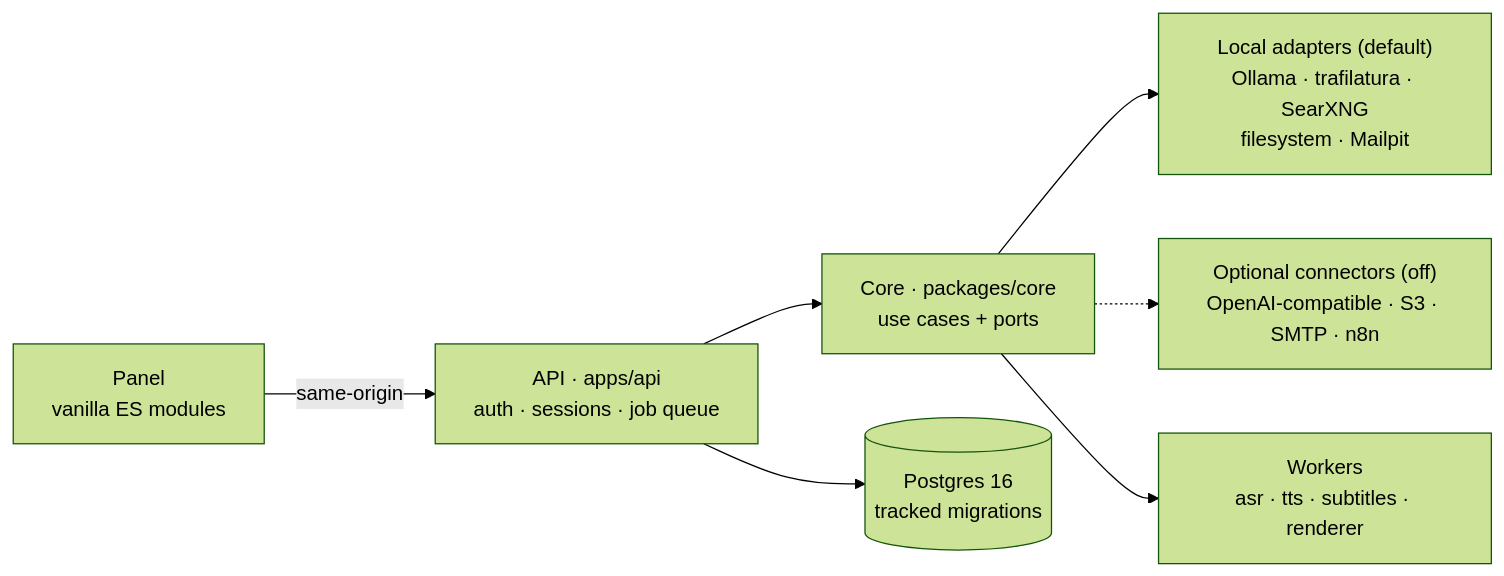
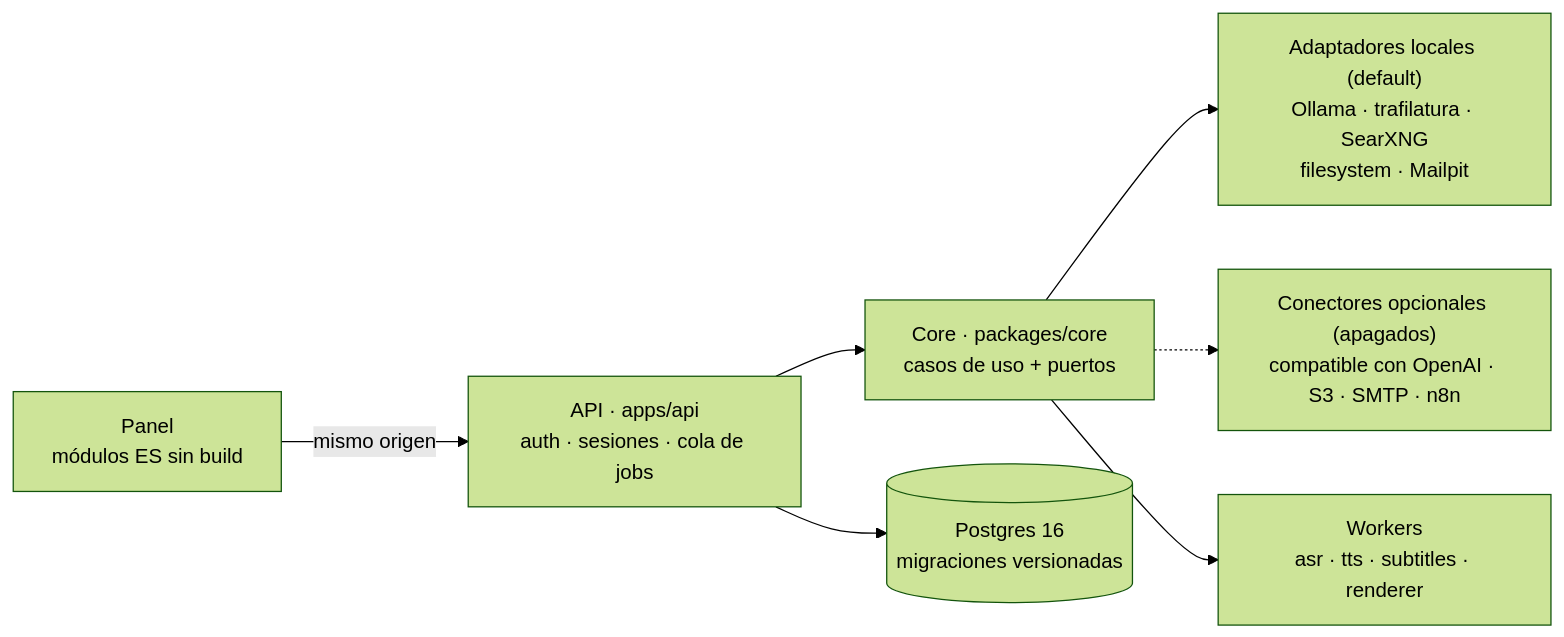
Before and after one commit to Eduardo12Pacheco/automatizacion-video-noticias: the diagram in README.md, drawn with Mermaid (forest theme). The commit also changed other lines of this file and 23 other files, not shown here.

````diff
--- a/README.md
+++ b/README.md
@@ -77,9 +73,9 @@
 ```mermaid
 flowchart LR
-    Panel["Panel<br/>vanilla ES modules"] -->|"same-origin"| API["API · apps/api<br/>auth · sessions · job queue"]
-    API --> Core["Core · packages/core<br/>use cases + ports"]
-    API --> DB[("Postgres 16<br/>tracked migrations")]
-    Core --> Local["Local adapters (default)<br/>Ollama · trafilatura · SearXNG<br/>filesystem · Mailpit"]
-    Core -.-> Optional["Optional connectors (off)<br/>OpenAI-compatible · S3 · SMTP · n8n"]
+    Panel["Panel<br/>módulos ES sin build"] -->|"mismo origen"| API["API · apps/api<br/>auth · sesiones · cola de jobs"]
+    API --> Core["Core · packages/core<br/>casos de uso + puertos"]
+    API --> DB[("Postgres 16<br/>migraciones versionadas")]
+    Core --> Local["Adaptadores locales (default)<br/>Ollama · trafilatura · SearXNG<br/>filesystem · Mailpit"]
+    Core -.-> Optional["Conectores opcionales (apagados)<br/>compatible con OpenAI · S3 · SMTP · n8n"]
     Core --> Workers["Workers<br/>asr · tts · subtitles · renderer"]
 ```
````
